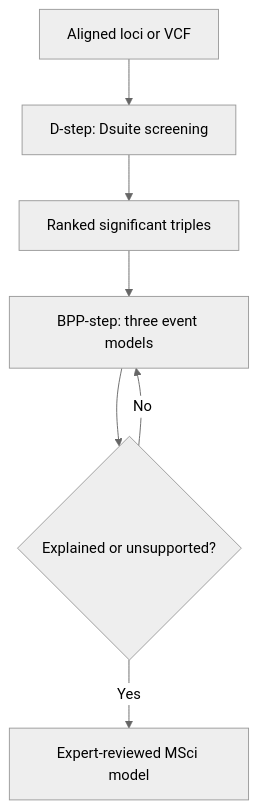
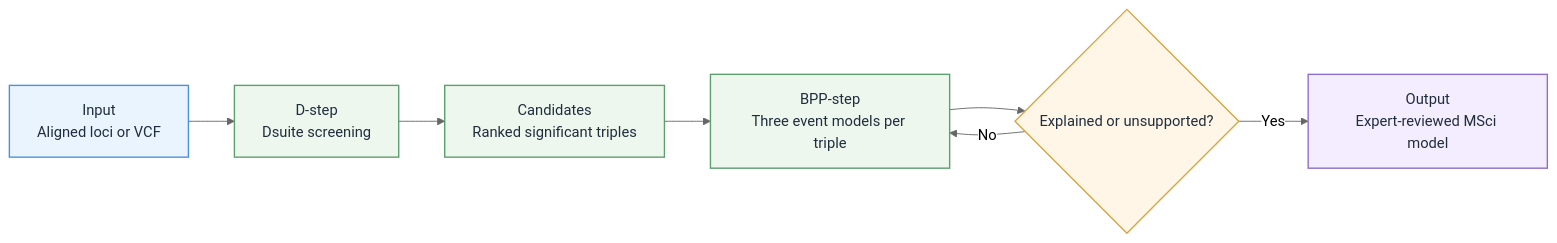
The diagram in README.md (yangyang9608/D-BPP_Workflow), drawn with Mermaid (neutral theme) before and after one commit. The commit also changed other lines of this file, not shown here.

Commit message:
Improve workflow diagram

````diff
--- a/README.md
+++ b/README.md
@@ -12,9 +12,29 @@
 ```mermaid
-flowchart TD
-    A["Aligned loci or VCF"] --> B["D-step: Dsuite screening"]
-    B --> C["Ranked significant triples"]
-    C --> D["BPP-step: three event models"]
-    D --> E{"Explained or unsupported?"}
+flowchart LR
+    %% Nodes
+    A["Input<br/>Aligned loci or VCF"]
+    B["D-step<br/>Dsuite screening"]
+    C["Candidates<br/>Ranked significant triples"]
+    D["BPP-step<br/>Three event models per triple"]
+    E{"Explained or unsupported?"}
+    F["Output<br/>Expert-reviewed MSci model"]
+
+    %% Flow
+    A --> B
+    B --> C
+    C --> D
+    D --> E
     E -- "No" --> D
-    E -- "Yes" --> F["Expert-reviewed MSci model"]
+    E -- "Yes" --> F
+
+    %% Styling
+    classDef input fill:#EAF4FF,stroke:#4A90E2,stroke-width:1.5px,color:#1F2D3D;
+    classDef process fill:#EEF7EE,stroke:#5C9E6E,stroke-width:1.5px,color:#1F2D3D;
+    classDef decision fill:#FFF6E8,stroke:#D9A441,stroke-width:1.5px,color:#1F2D3D;
+    classDef output fill:#F4ECFF,stroke:#8B6FCF,stroke-width:1.5px,color:#1F2D3D;
+
+    class A input;
+    class B,C,D process;
+    class E decision;
+    class F output;
 ```
````
